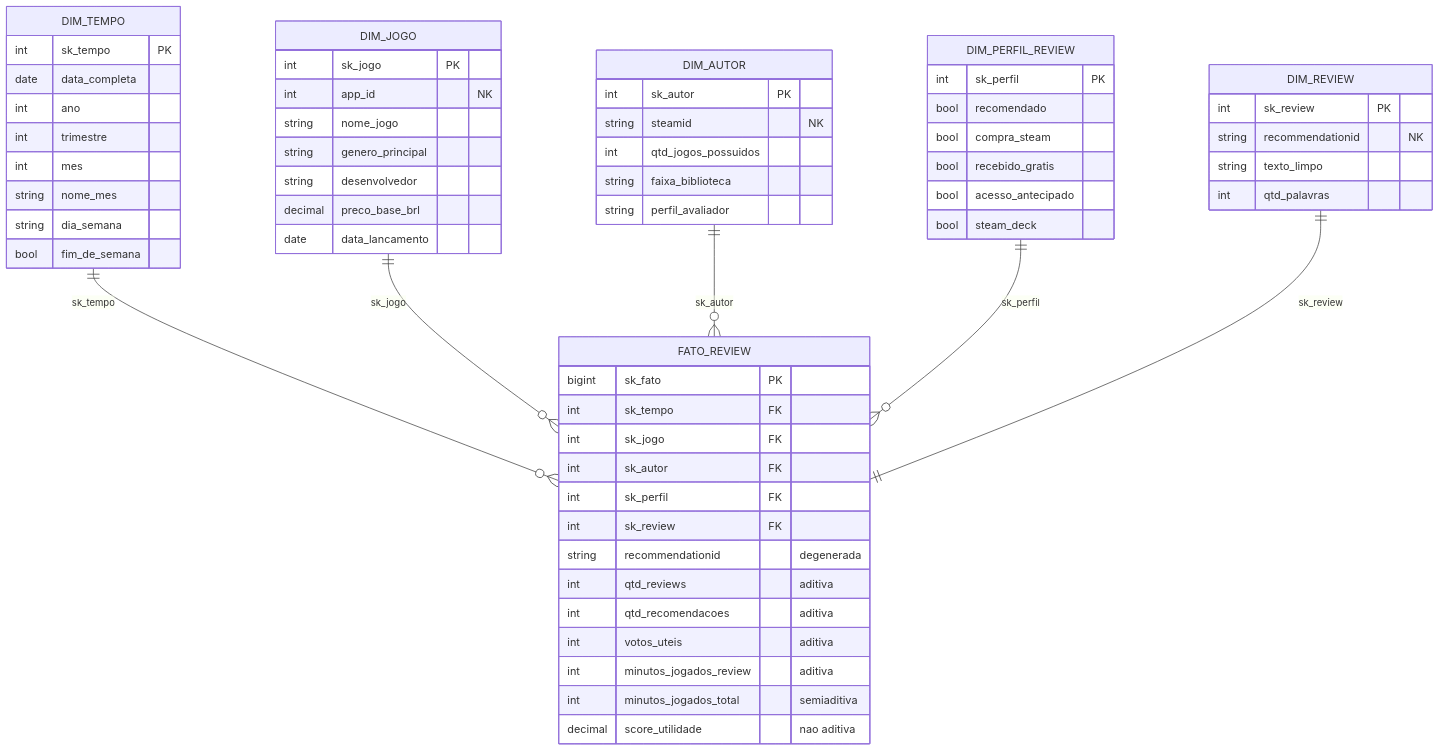
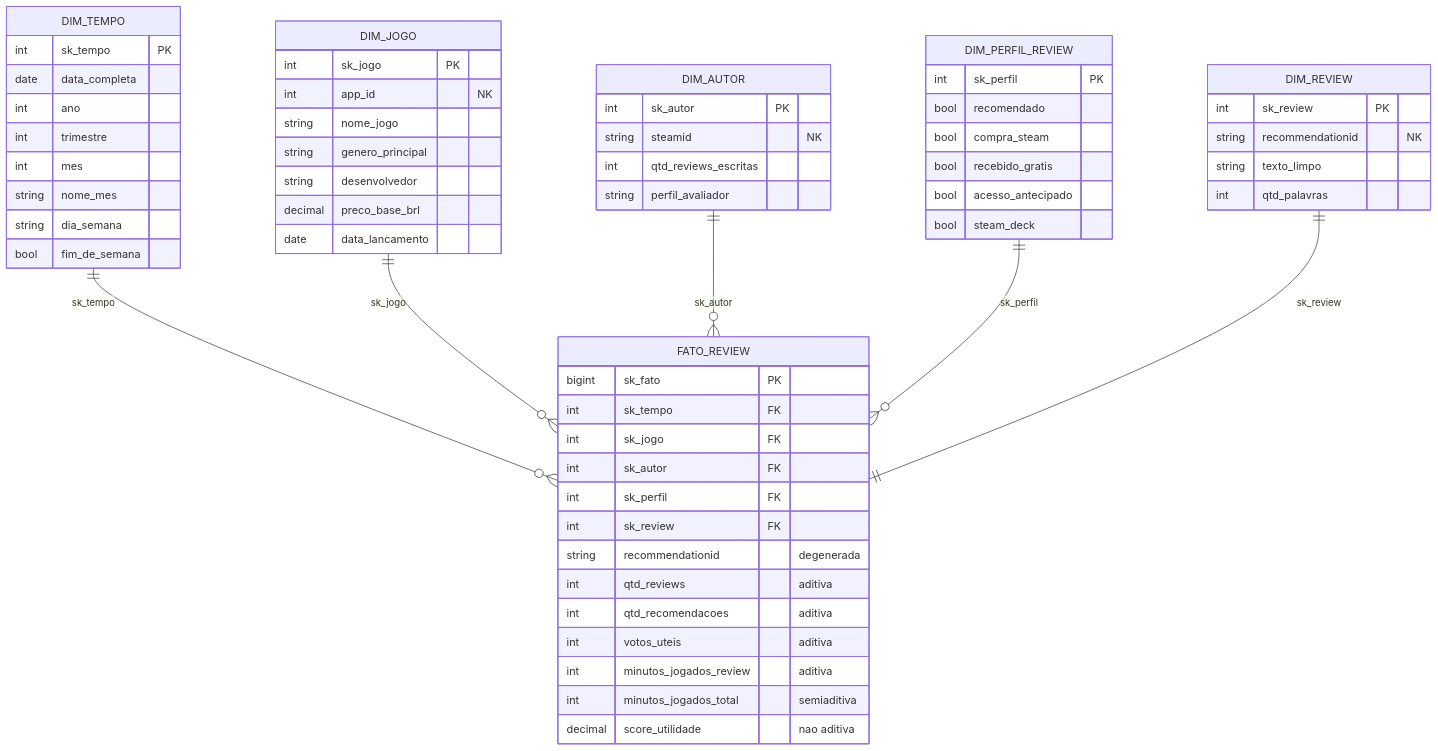
One commit to jgleao/projeto-t2-fucape changed the second of 2 diagrams in README.md. Above: the diagram before and after it, drawn with Mermaid. The commit also changed other lines of this file and 12 other files, not shown here.

````diff
--- a/README.md
+++ b/README.md
@@ -130,63 +130,62 @@
 ```mermaid
 erDiagram
     DIM_TEMPO ||--o{ FATO_REVIEW : "sk_tempo"
     DIM_JOGO ||--o{ FATO_REVIEW : "sk_jogo"
     DIM_AUTOR ||--o{ FATO_REVIEW : "sk_autor"
     DIM_PERFIL_REVIEW ||--o{ FATO_REVIEW : "sk_perfil"
     DIM_REVIEW ||--|| FATO_REVIEW : "sk_review"
     FATO_REVIEW {
         bigint sk_fato PK
         int sk_tempo FK
         int sk_jogo FK
         int sk_autor FK
         int sk_perfil FK
         int sk_review FK
         string recommendationid "degenerada"
         int qtd_reviews "aditiva"
         int qtd_recomendacoes "aditiva"
         int votos_uteis "aditiva"
         int minutos_jogados_review "aditiva"
         int minutos_jogados_total "semiaditiva"
         decimal score_utilidade "nao aditiva"
     }
     DIM_TEMPO {
         int sk_tempo PK
         date data_completa
         int ano
         int trimestre
         int mes
         string nome_mes
         string dia_semana
         bool fim_de_semana
     }
     DIM_JOGO {
         int sk_jogo PK
         int app_id "NK"
         string nome_jogo
         string genero_principal
         string desenvolvedor
         decimal preco_base_brl
         date data_lancamento
     }
     DIM_AUTOR {
         int sk_autor PK
         string steamid "NK"
-        int qtd_jogos_possuidos
-        string faixa_biblioteca
+        int qtd_reviews_escritas
         string perfil_avaliador
     }
     DIM_PERFIL_REVIEW {
         int sk_perfil PK
         bool recomendado
         bool compra_steam
         bool recebido_gratis
         bool acesso_antecipado
         bool steam_deck
     }
     DIM_REVIEW {
         int sk_review PK
         string recommendationid "NK"
         string texto_limpo
         int qtd_palavras
     }
 ```
````
